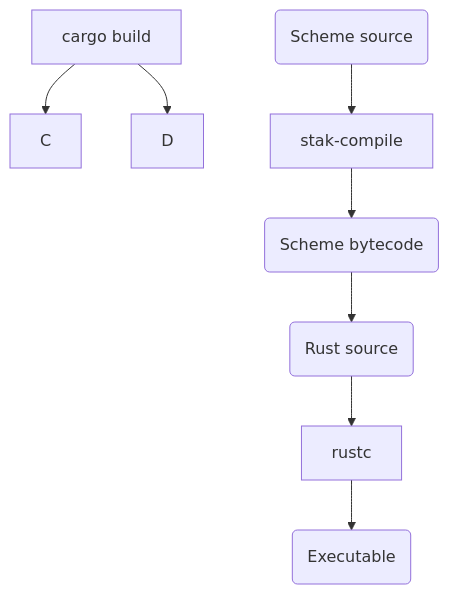
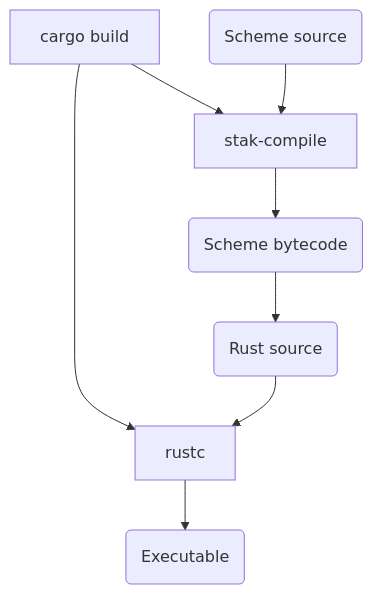
Before and after one commit to raviqqe/doc: the diagram in papers/stak-scheme/embedding_script.mmd, drawn with Mermaid.

```diff
--- a/papers/stak-scheme/embedding_script.mmd
+++ b/papers/stak-scheme/embedding_script.mmd
@@ -1,8 +1,8 @@
 graph TD
-  B[cargo build] --> C
-  B --> D
+  B[cargo build] --> RC
+  B --> SC
 
   SS(Scheme source) --> SC[stak-compile] --> SB(Scheme bytecode) --> RS
   RS(Rust source) --> RC[rustc] --> X
 
   X(Executable)
```
